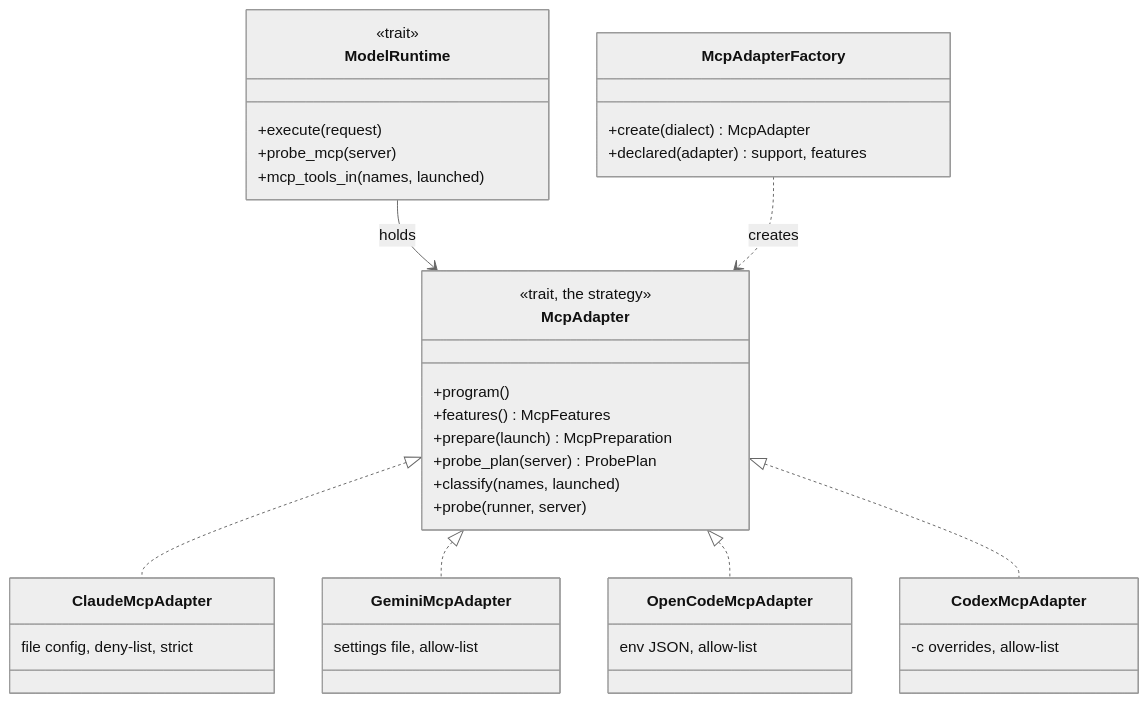
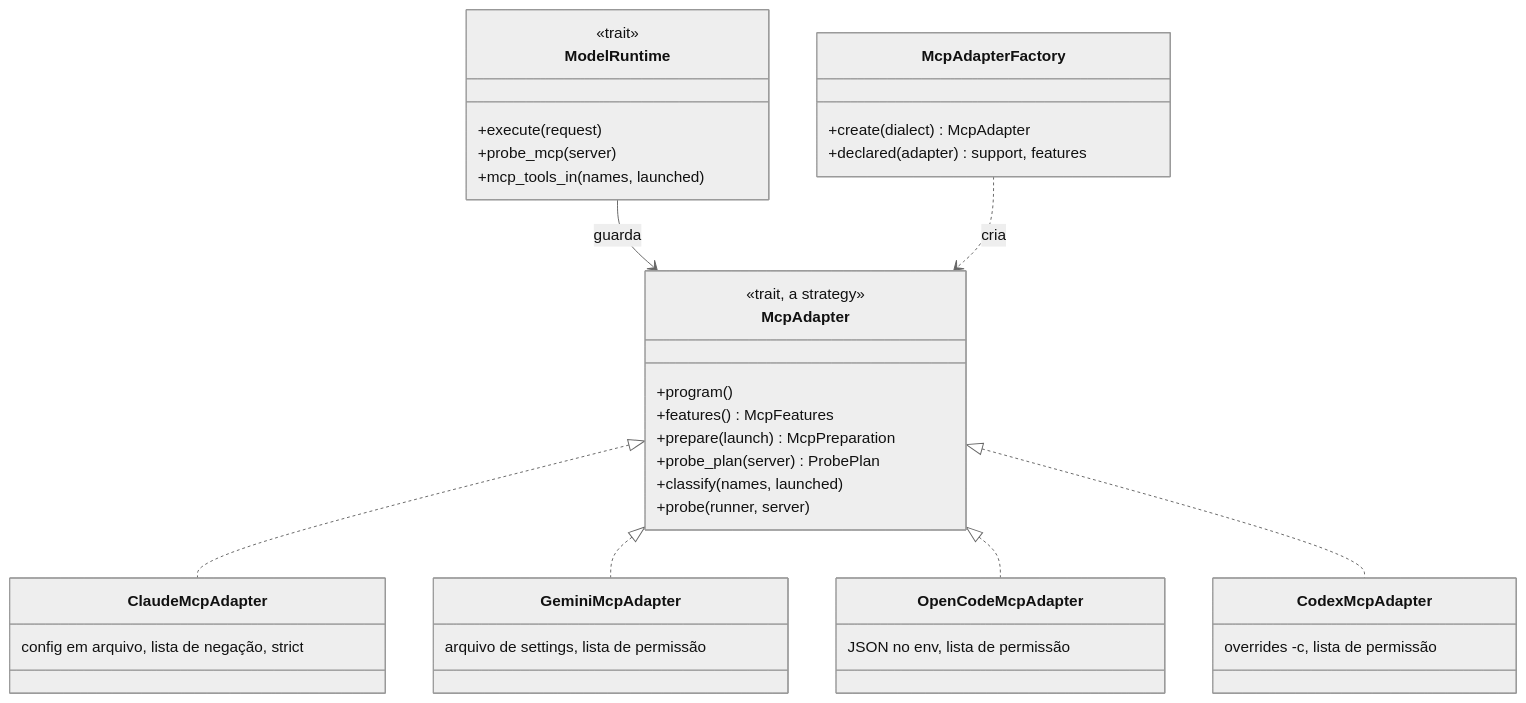
Before and after one commit to LucasAlt40/project-atlas: the sixth of 6 diagrams in docs/architecture/diagrams.md, drawn with Mermaid (neutral theme). The commit also changed other lines of this file and 38 other files, not shown here.

Commit message:
docs: translate architecture documentation to Portuguese

````diff
--- a/docs/architecture/diagrams.md
+++ b/docs/architecture/diagrams.md
@@ -185,40 +187,40 @@
 ```mermaid
 classDiagram
     class ModelRuntime {
         <<trait>>
         +execute(request)
         +probe_mcp(server)
         +mcp_tools_in(names, launched)
     }
     class McpAdapter {
-        <<trait, the strategy>>
+        <<trait, a strategy>>
         +program()
         +features() McpFeatures
         +prepare(launch) McpPreparation
         +probe_plan(server) ProbePlan
         +classify(names, launched)
         +probe(runner, server)
     }
     class McpAdapterFactory {
         +create(dialect) McpAdapter
         +declared(adapter) support, features
     }
     class ClaudeMcpAdapter {
-        file config, deny-list, strict
+        config em arquivo, lista de negação, strict
     }
     class GeminiMcpAdapter {
-        settings file, allow-list
+        arquivo de settings, lista de permissão
     }
     class OpenCodeMcpAdapter {
-        env JSON, allow-list
+        JSON no env, lista de permissão
     }
     class CodexMcpAdapter {
-        -c overrides, allow-list
+        overrides -c, lista de permissão
     }
-    ModelRuntime --> McpAdapter : holds
-    McpAdapterFactory ..> McpAdapter : creates
+    ModelRuntime --> McpAdapter : guarda
+    McpAdapterFactory ..> McpAdapter : cria
     McpAdapter <|.. ClaudeMcpAdapter
     McpAdapter <|.. GeminiMcpAdapter
     McpAdapter <|.. OpenCodeMcpAdapter
     McpAdapter <|.. CodexMcpAdapter
 ```
````
